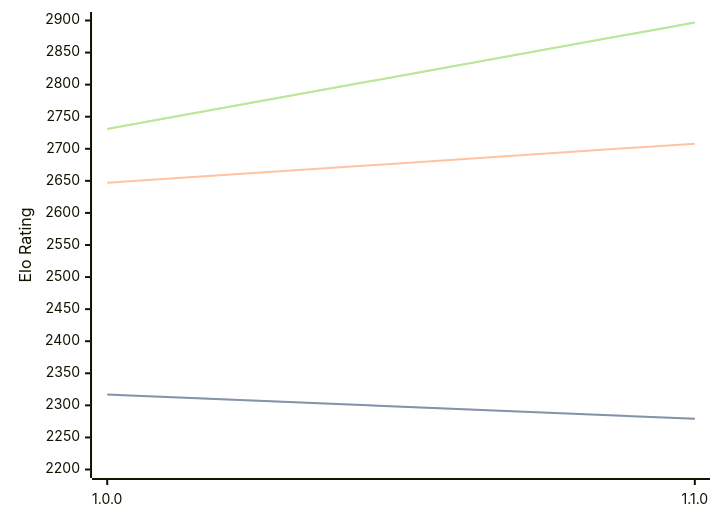
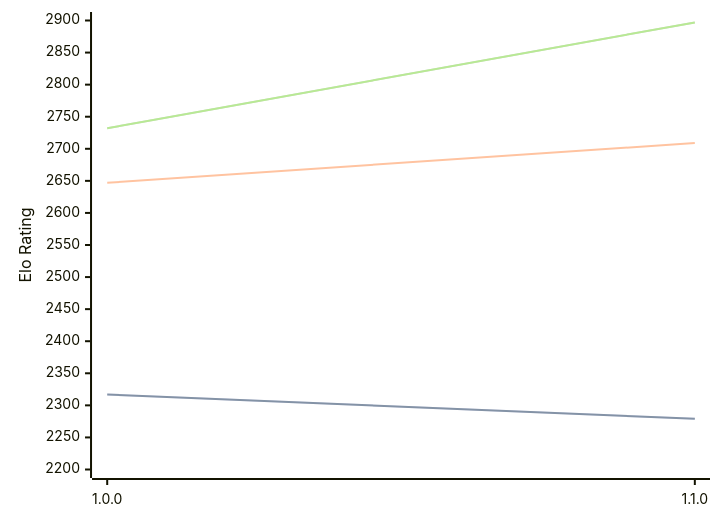
One commit to computer-chess-index/cci changed the diagram in engines/ShallowGuess.md. Above: the diagram before and after it, drawn with Mermaid. The commit also changed other lines of this file, not shown here.

Commit message:
Update CCI Ratings (ELO VLTC) - 2026-07-23

````diff
--- a/engines/ShallowGuess.md
+++ b/engines/ShallowGuess.md
@@ -36,11 +36,11 @@
 ```mermaid
 %%{init: {"theme":"base","themeVariables":{"seriesColors:['#a3a3a3','#222221','#faa371']}}}%%
 xychart-beta
   x-axis ["1.0.0", "1.1.0"]
   y-axis "Elo Rating" 2200 --> 2900
   line "STC (8.0+0.08s)" [2317, 2279]
   line "STC (8.0+0.08s)" [2317, 2279]
-  line "LTC (60.0+0.60s)" [2647, 2708]
-  line "VLTC (2m24s+1.12s)" [2731, 2897]
-  line "VLTC (2m24s+1.12s)" [2731, 2897]
+  line "LTC (60.0+0.60s)" [2647, 2709]
+  line "VLTC (2m24s+1.12s)" [2732, 2897]
+  line "VLTC (2m24s+1.12s)" [2732, 2897]
 ```
````
